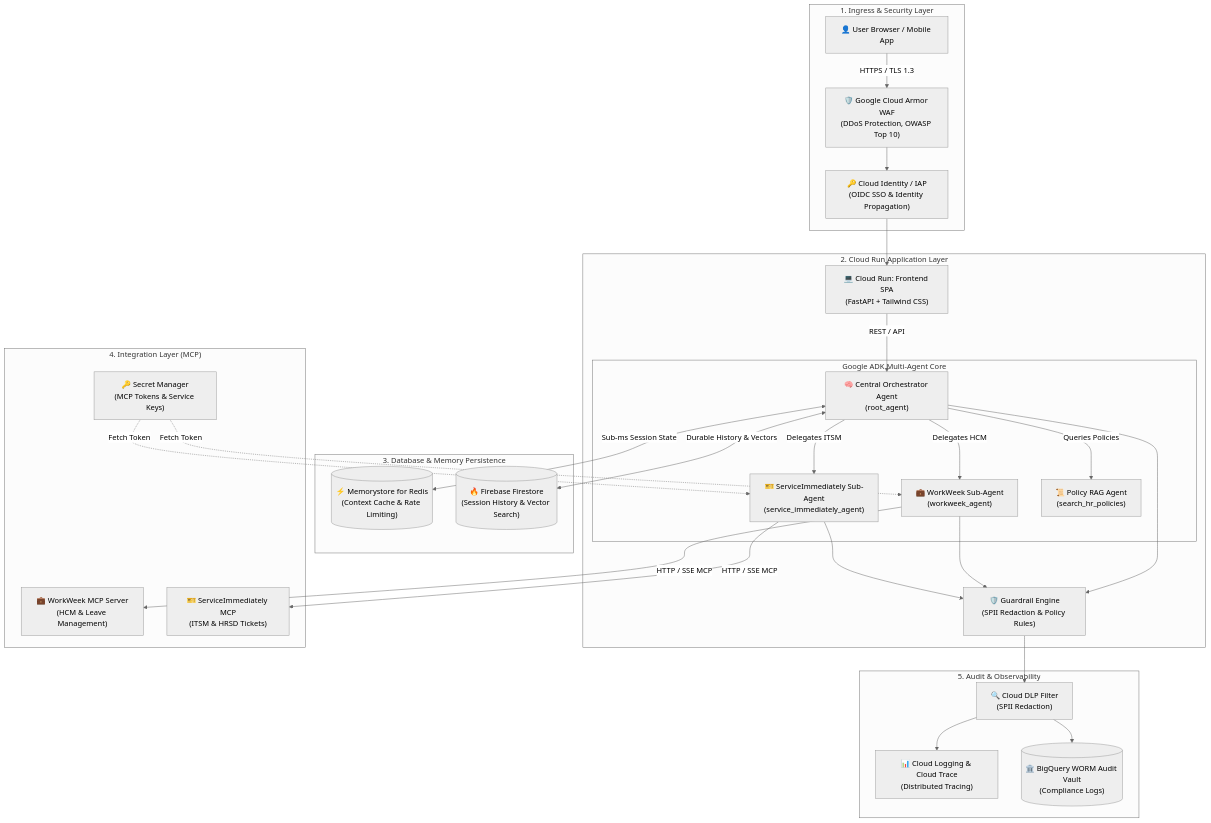
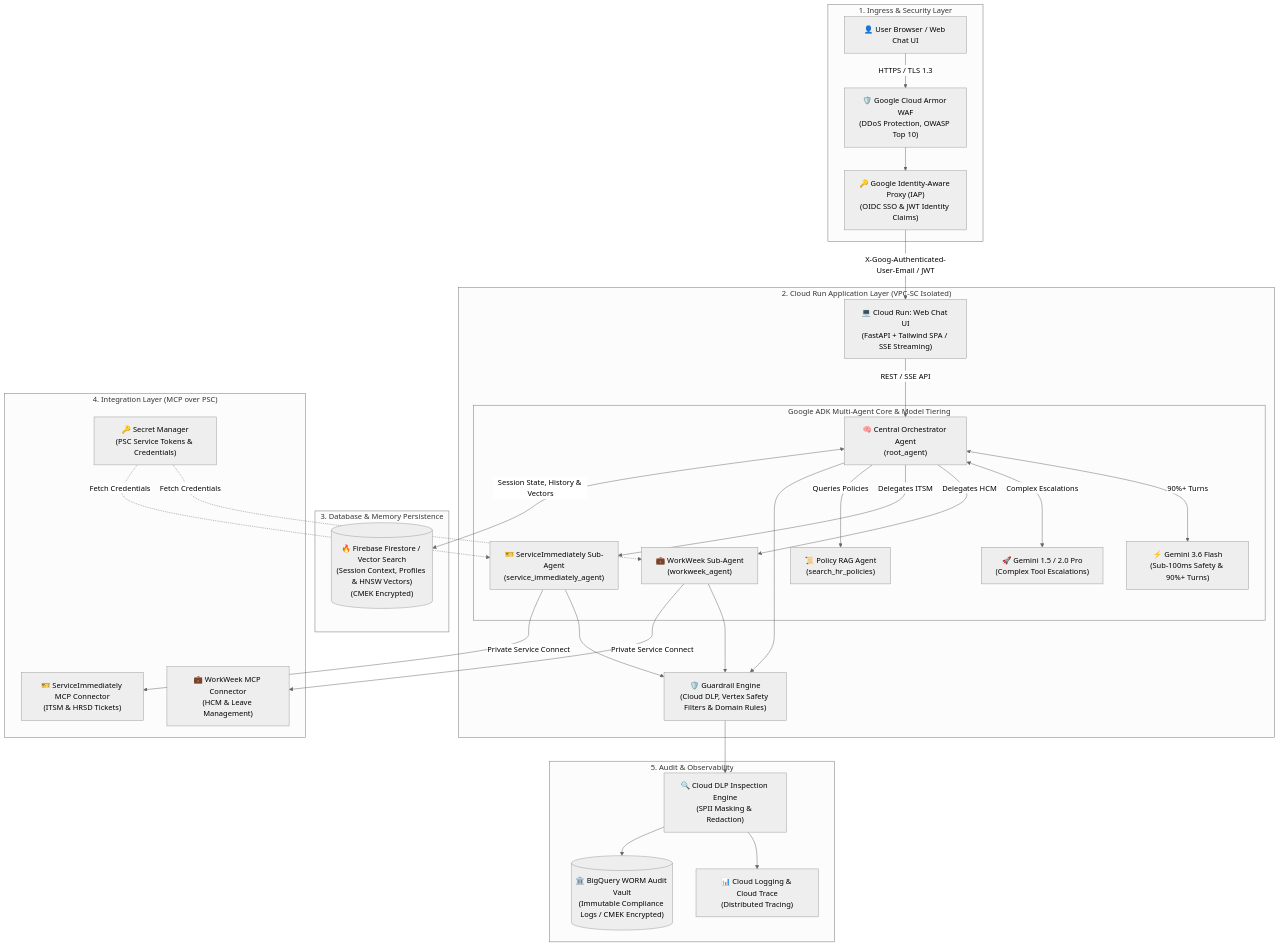
Before and after one commit to SushantJagdale/elevate-hr-agentic-solution: the first of 6 diagrams in target_architecture_breakdown.md, drawn with Mermaid (neutral theme). The commit also changed other lines of this file and 2 other files, not shown here.

Commit message:
docs(architecture): align target architecture breakdown with Consolidated SDD and add interactive Archify diagram

````diff
--- a/target_architecture_breakdown.md
+++ b/target_architecture_breakdown.md
@@ -14,70 +14,73 @@
 ```mermaid
 flowchart TD
     %% Ingress & Security Boundary
     subgraph IngressSecurity ["1. Ingress & Security Layer"]
-        UserBrowser["👤 User Browser / Mobile App"]
+        UserBrowser["👤 User Browser / Web Chat UI"]
         CloudArmor["🛡️ Google Cloud Armor WAF\n(DDoS Protection, OWASP Top 10)"]
-        IAP["🔑 Cloud Identity / IAP\n(OIDC SSO & Identity Propagation)"]
+        IAP["🔑 Google Identity-Aware Proxy (IAP)\n(OIDC SSO & JWT Identity Claims)"]
     end
 
     %% Application Layer
-    subgraph ApplicationLayer ["2. Cloud Run Application Layer"]
-        CloudRunUI["💻 Cloud Run: Frontend SPA\n(FastAPI + Tailwind CSS)"]
+    subgraph ApplicationLayer ["2. Cloud Run Application Layer (VPC-SC Isolated)"]
+        CloudRunUI["💻 Cloud Run: Web Chat UI\n(FastAPI + Tailwind SPA / SSE Streaming)"]
         
-        subgraph ADKCore ["Google ADK Multi-Agent Core"]
+        subgraph ADKCore ["Google ADK Multi-Agent Core & Model Tiering"]
             Orchestrator["🧠 Central Orchestrator Agent\n(root_agent)"]
+            GeminiFlash["⚡ Gemini 3.6 Flash\n(Sub-100ms Safety & 90%+ Turns)"]
+            GeminiPro["🚀 Gemini 1.5 / 2.0 Pro\n(Complex Tool Escalations)"]
             WorkWeekAgent["💼 WorkWeek Sub-Agent\n(workweek_agent)"]
             ServiceNowAgent["🎫 ServiceImmediately Sub-Agent\n(service_immediately_agent)"]
             PolicyAgent["📜 Policy RAG Agent\n(search_hr_policies)"]
         end
 
-        Guardrails["🛡️ Guardrail Engine\n(SPII Redaction & Policy Rules)"]
+        Guardrails["🛡️ Guardrail Engine\n(Cloud DLP, Vertex Safety Filters & Domain Rules)"]
     end
 
     %% Persistence Layer
     subgraph DataLayer ["3. Database & Memory Persistence"]
-        RedisMemory[("⚡ Memorystore for Redis\n(Context Cache & Rate Limiting)")]
-        FirestoreDB[("🔥 Firebase Firestore\n(Session History & Vector Search)")]
+        FirestoreDB[("🔥 Firebase Firestore / Vector Search\n(Session Context, Profiles & HNSW Vectors)\n(CMEK Encrypted)")]
     end
 
     %% Integration Layer
-    subgraph Integrations ["4. Integration Layer (MCP)"]
-        SecretMgr["🔑 Secret Manager\n(MCP Tokens & Service Keys)"]
-        WorkWeekMCP["💼 WorkWeek MCP Server\n(HCM & Leave Management)"]
-        ServiceNowMCP["🎫 ServiceImmediately MCP\n(ITSM & HRSD Tickets)"]
+    subgraph Integrations ["4. Integration Layer (MCP over PSC)"]
+        SecretMgr["🔑 Secret Manager\n(PSC Service Tokens & Credentials)"]
+        WorkWeekMCP["💼 WorkWeek MCP Connector\n(HCM & Leave Management)"]
+        ServiceNowMCP["🎫 ServiceImmediately MCP Connector\n(ITSM & HRSD Tickets)"]
     end
 
     %% Observability Layer
     subgraph Observability ["5. Audit & Observability"]
-        CloudDLP["🔍 Cloud DLP Filter\n(SPII Redaction)"]
+        CloudDLP["🔍 Cloud DLP Inspection Engine\n(SPII Masking & Redaction)"]
         CloudLogging["📊 Cloud Logging & Cloud Trace\n(Distributed Tracing)"]
-        BigQueryVault[("🏛️ BigQuery WORM Audit Vault\n(Compliance Logs)")]
+        BigQueryVault[("🏛️ BigQuery WORM Audit Vault\n(Immutable Compliance Logs / CMEK Encrypted)")]
     end
 
     %% Data Connections
     UserBrowser -->|HTTPS / TLS 1.3| CloudArmor
     CloudArmor --> IAP
-    IAP --> CloudRunUI
-    CloudRunUI -->|REST / API| Orchestrator
+    IAP -->|X-Goog-Authenticated-User-Email / JWT| CloudRunUI
+    CloudRunUI -->|REST / SSE API| Orchestrator
+
+    Orchestrator <-->|90%+ Turns| GeminiFlash
+    Orchestrator <-->|Complex Escalations| GeminiPro
 
     Orchestrator -->|Delegates HCM| WorkWeekAgent
     Orchestrator -->|Delegates ITSM| ServiceNowAgent
     Orchestrator -->|Queries Policies| PolicyAgent
 
     Orchestrator --> Guardrails
     WorkWeekAgent --> Guardrails
     ServiceNowAgent --> Guardrails
 
-    Orchestrator <-->|Sub-ms Session State| RedisMemory
-    Orchestrator <-->|Durable History & Vectors| FirestoreDB
+    Orchestrator <-->|Session State, History & Vectors| FirestoreDB
 
-    SecretMgr -.->|Fetch Token| WorkWeekAgent
-    SecretMgr -.->|Fetch Token| ServiceNowAgent
+    SecretMgr -.->|Fetch Credentials| WorkWeekAgent
+    SecretMgr -.->|Fetch Credentials| ServiceNowAgent
 
-    WorkWeekAgent -->|HTTP / SSE MCP| WorkWeekMCP
-    ServiceNowAgent -->|HTTP / SSE MCP| ServiceNowMCP
+    WorkWeekAgent -->|Private Service Connect| WorkWeekMCP
+    ServiceNowAgent -->|Private Service Connect| ServiceNowMCP
 
     Guardrails --> CloudDLP
     CloudDLP --> CloudLogging
     CloudDLP --> BigQueryVault
 ```
````
